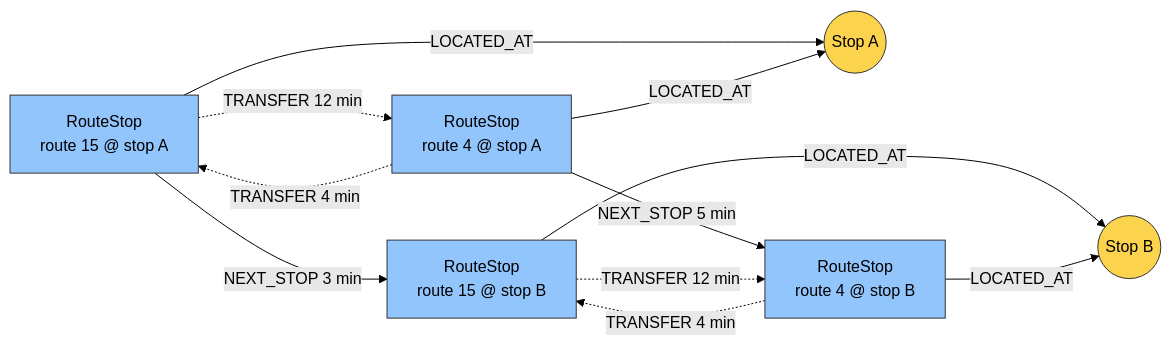
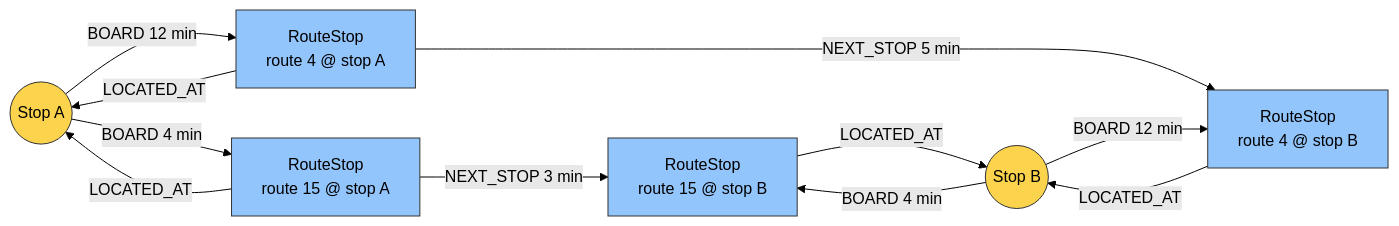
The diagram in docs/graph-design.md (tomob/transport-graph), drawn with Mermaid (forest theme) before and after one commit. The commit also changed other lines of this file, not shown here.

First line of the commit message:
Changed graph design

````diff
--- a/docs/graph-design.md
+++ b/docs/graph-design.md
@@ -62,26 +80,26 @@
 ```mermaid
 graph LR
     STOP_A(("Stop A")):::stop
     STOP_B(("Stop B")):::stop
 
     RS_15_A["RouteStop<br/>route 15 @ stop A"]:::routestop
     RS_15_B["RouteStop<br/>route 15 @ stop B"]:::routestop
     RS_4_A["RouteStop<br/>route 4 @ stop A"]:::routestop
     RS_4_B["RouteStop<br/>route 4 @ stop B"]:::routestop
 
     RS_15_A -- LOCATED_AT --> STOP_A
     RS_15_B -- LOCATED_AT --> STOP_B
     RS_4_A -- LOCATED_AT --> STOP_A
     RS_4_B -- LOCATED_AT --> STOP_B
 
     RS_15_A -- "NEXT_STOP 3 min" --> RS_15_B
     RS_4_A -- "NEXT_STOP 5 min" --> RS_4_B
 
-    RS_15_A -. "TRANSFER 12 min" .-> RS_4_A
-    RS_4_A -. "TRANSFER 4 min" .-> RS_15_A
-    RS_15_B -. "TRANSFER 12 min" .-> RS_4_B
-    RS_4_B -. "TRANSFER 4 min" .-> RS_15_B
+    STOP_A -- "BOARD 4 min" --> RS_15_A
+    STOP_A -- "BOARD 12 min" --> RS_4_A
+    STOP_B -- "BOARD 4 min" --> RS_15_B
+    STOP_B -- "BOARD 12 min" --> RS_4_B
 
     classDef stop fill:#fcd34d,stroke:#333
     classDef routestop fill:#93c5fd,stroke:#333
 ```
````
